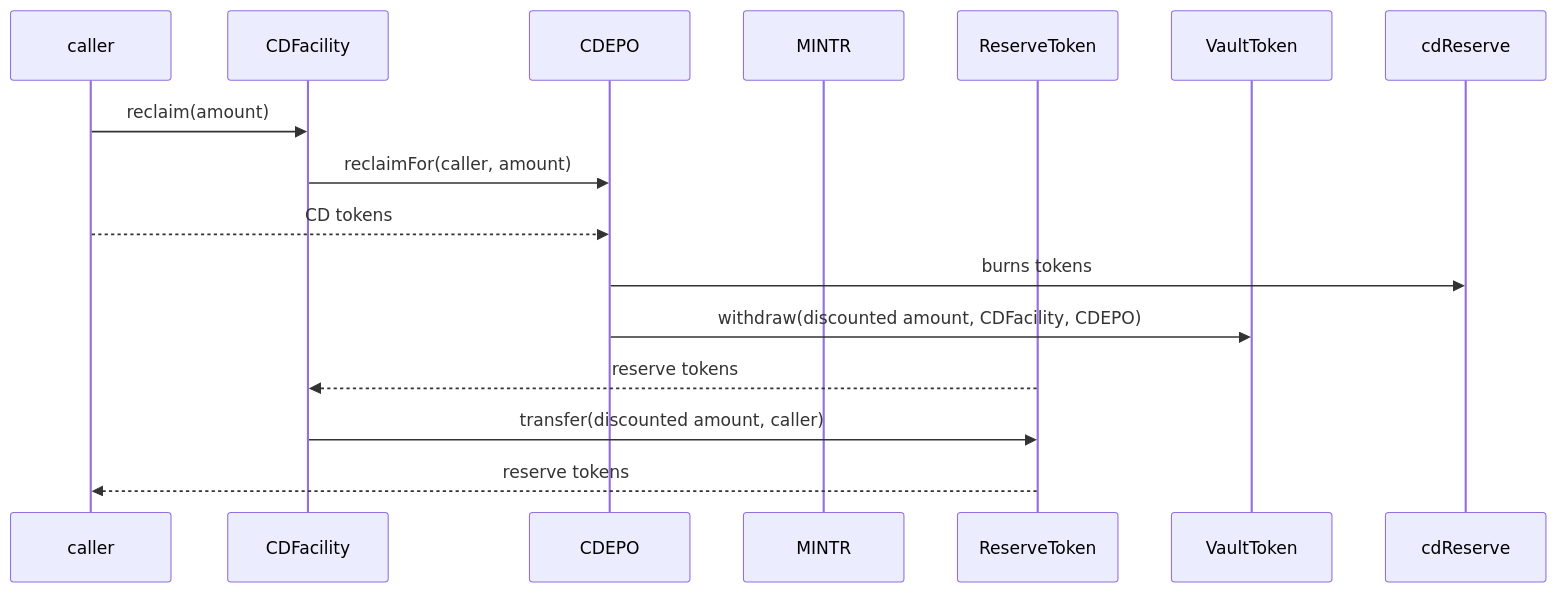
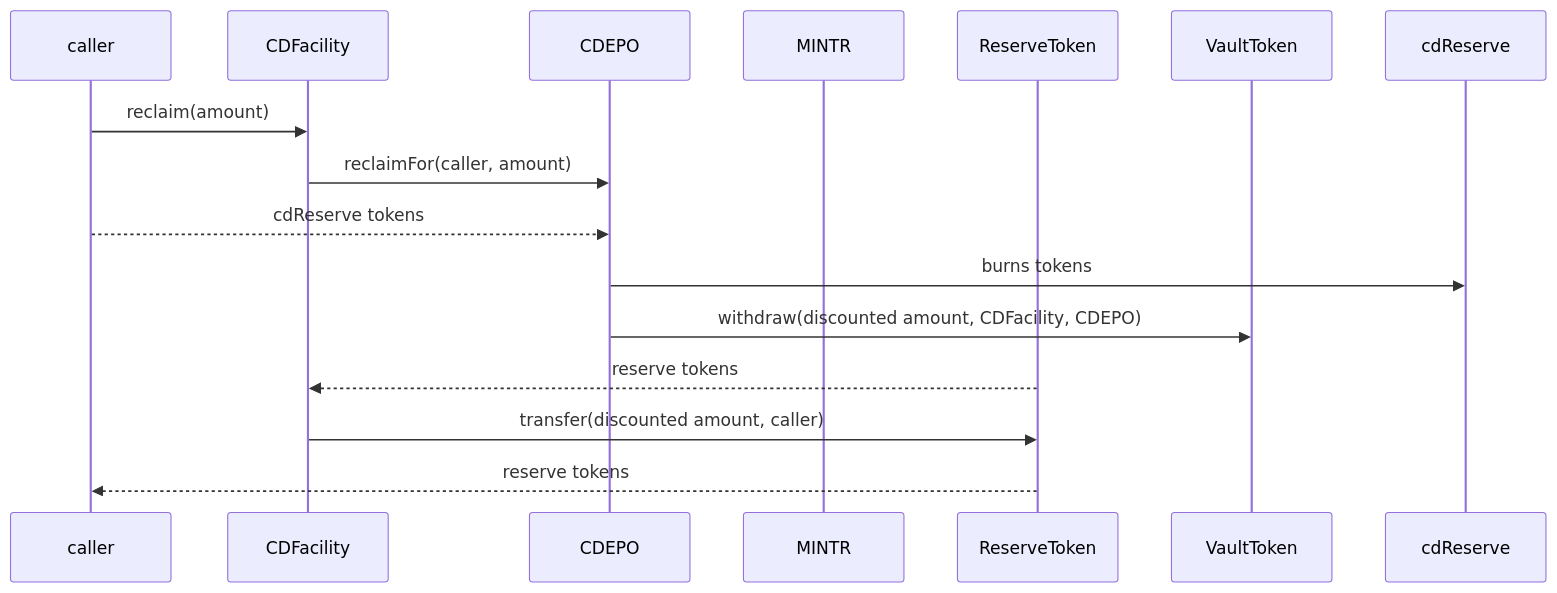
The fifth of 6 diagrams in audit/2025-01_convertible-deposits/README.md (OlympusDAO/olympus-v3), drawn with Mermaid before and after one commit. The commit also changed other lines of this file and 2 other files, not shown here.

````diff
--- a/audit/2025-01_convertible-deposits/README.md
+++ b/audit/2025-01_convertible-deposits/README.md
@@ -230,19 +239,19 @@
 ```mermaid
 sequenceDiagram
     participant caller
     participant CDFacility
     participant CDEPO
     participant MINTR
     participant ReserveToken
     participant VaultToken
     participant cdReserve
 
     caller->>CDFacility: reclaim(amount)
     CDFacility->>CDEPO: reclaimFor(caller, amount)
-    caller-->>CDEPO: CD tokens
+    caller-->>CDEPO: cdReserve tokens
     CDEPO->>cdReserve: burns tokens
     CDEPO->>VaultToken: withdraw(discounted amount, CDFacility, CDEPO)
     ReserveToken-->>CDFacility: reserve tokens
     CDFacility->>ReserveToken: transfer(discounted amount, caller)
     ReserveToken-->>caller: reserve tokens
 ```
````
